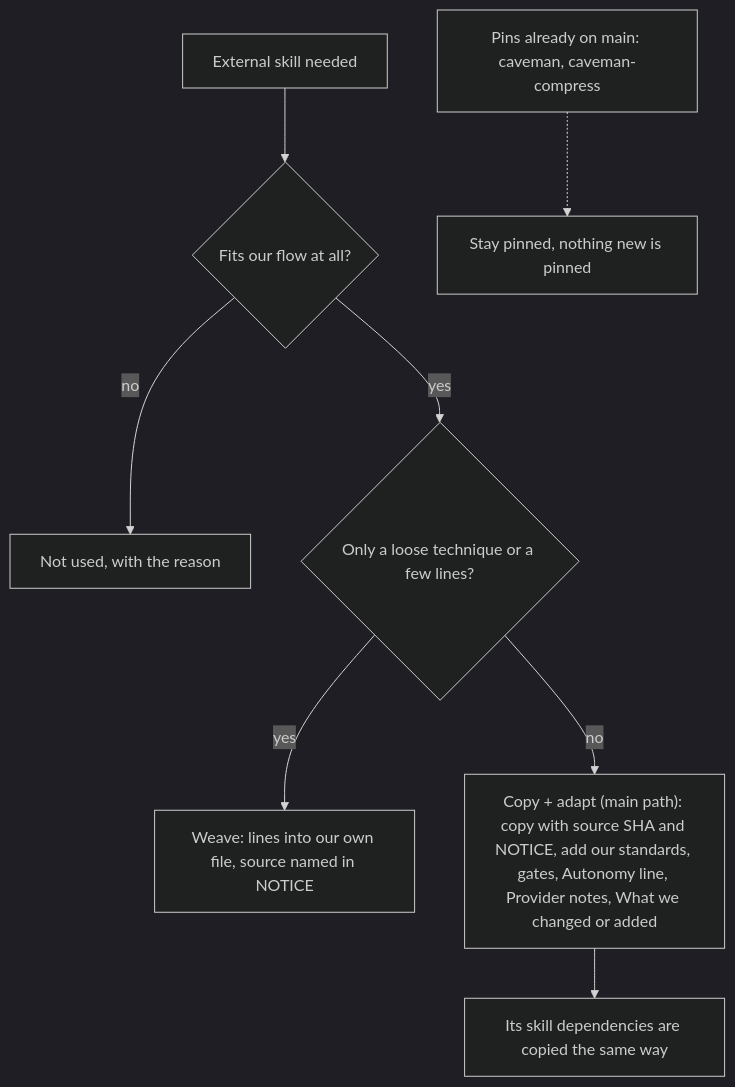
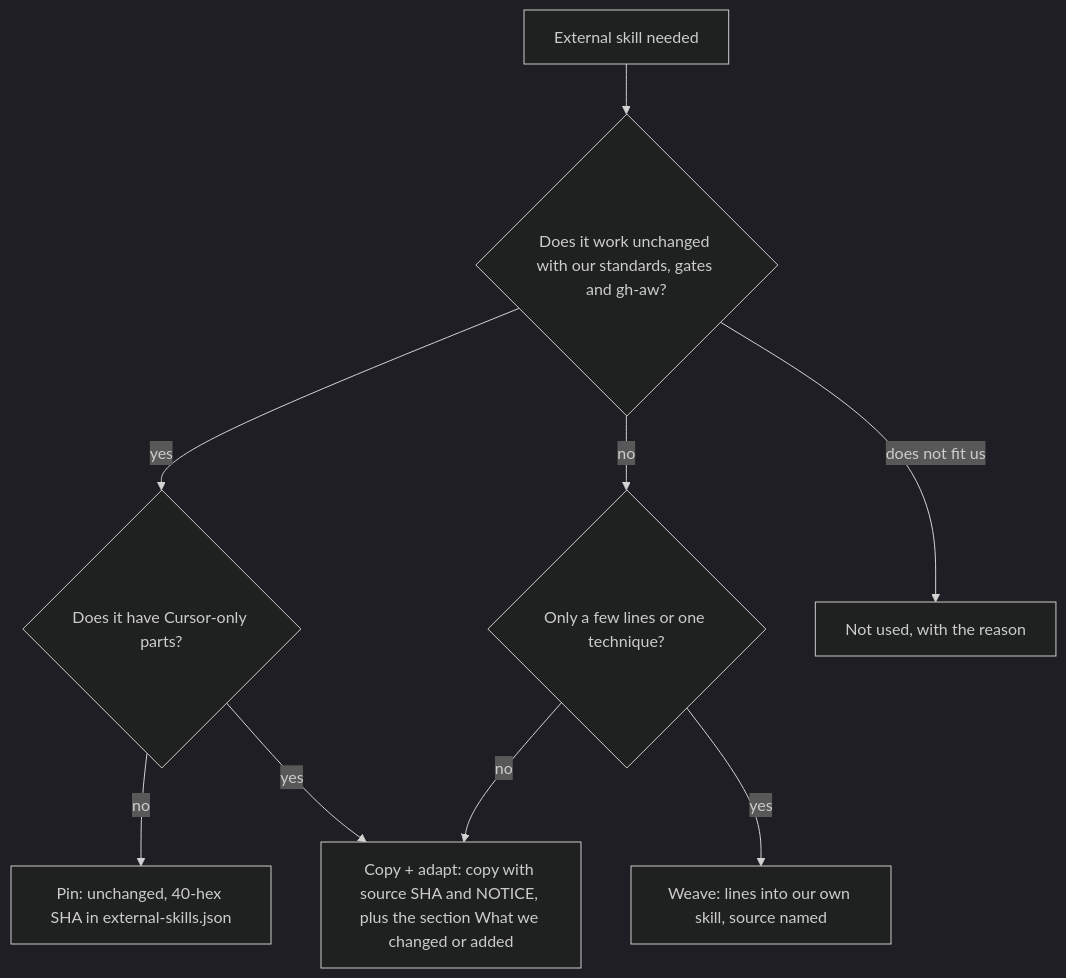
Before and after one commit to svennijhuis/agentPacks: the second of 2 diagrams in docs/pbi/squad/README.md, drawn with Mermaid (dark theme). The commit also changed other lines of this file and 22 other files, not shown here.

````diff
--- a/docs/pbi/squad/README.md
+++ b/docs/pbi/squad/README.md
@@ -143,10 +143,11 @@
 ```mermaid
 flowchart TD
-  A["External skill needed"] --> B{"Fits our flow at all?"}
-  B -- no --> NO["Not used, with the reason"]
-  B -- yes --> C{"Only a loose technique or a few lines?"}
-  C -- yes --> WEAVE["Weave: lines into our own file, source named in NOTICE"]
-  C -- no --> COPY["Copy + adapt (main path): copy with source SHA and NOTICE, add our standards, gates, Autonomy line, Provider notes, What we changed or added"]
-  COPY --> DEP["Its skill dependencies are copied the same way"]
-  OLD["Pins already on main: caveman, caveman-compress"] -.-> KEEP["Stay pinned, nothing new is pinned"]
+  A["External skill needed"] --> B{"Does it work unchanged with our standards, gates and gh-aw?"}
+  B -- yes --> C{"Does it have Cursor-only parts?"}
+  C -- no --> PIN["Pin: unchanged, 40-hex SHA in external-skills.json"]
+  C -- yes --> COPY
+  B -- no --> D{"Only a few lines or one technique?"}
+  D -- yes --> WEAVE["Weave: lines into our own skill, source named"]
+  D -- no --> COPY["Copy + adapt: copy with source SHA and NOTICE, plus the section What we changed or added"]
+  B -- does not fit us --> NO["Not used, with the reason"]
 ```
````
